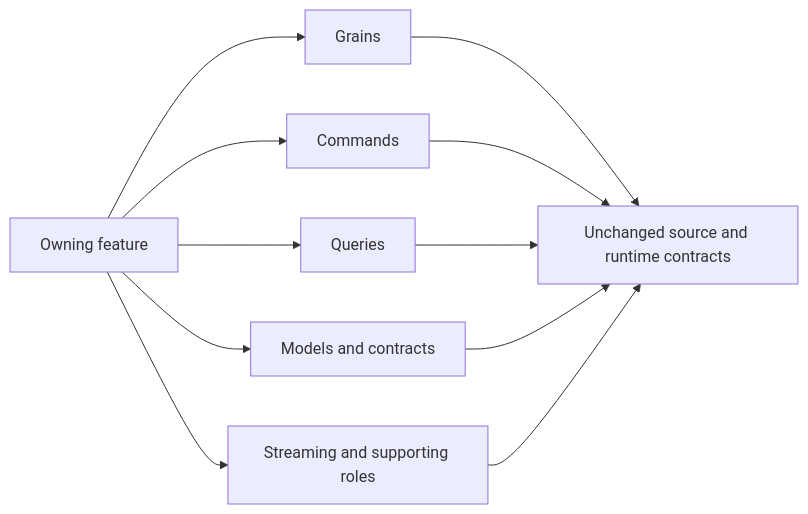
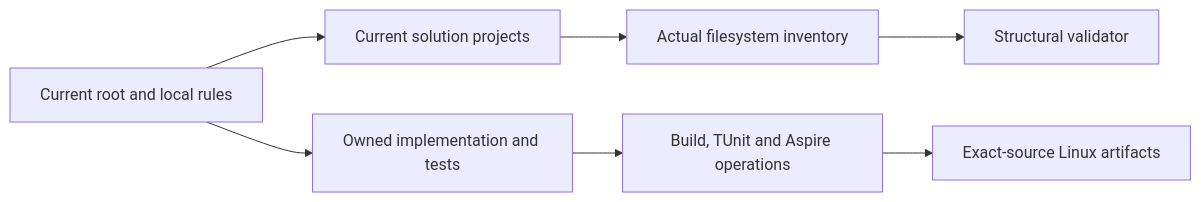
Before and after one commit to managedcode/KeyLoad: the diagram in docs/Features/RepositoryGovernance.md, drawn with Mermaid. The commit also changed other lines of this file and 7356 other files, not shown here.

````diff
--- a/docs/Features/RepositoryGovernance.md
+++ b/docs/Features/RepositoryGovernance.md
@@ -193,13 +20,9 @@
 ```mermaid
 flowchart LR
-    Slice[Owning feature] --> Grains[Grains]
-    Slice --> Commands[Commands]
-    Slice --> Queries[Queries]
-    Slice --> Models[Models and contracts]
-    Slice --> Protocols[Streaming and supporting roles]
-    Grains --> Verify[Unchanged source and runtime contracts]
-    Commands --> Verify
-    Queries --> Verify
-    Models --> Verify
-    Protocols --> Verify
+    Policy[Current root and local rules] --> Solution[Current solution projects]
+    Solution --> Inventory[Actual filesystem inventory]
+    Inventory --> Check[Structural validator]
+    Policy --> Source[Owned implementation and tests]
+    Source --> Runtime[Build, TUnit and Aspire operations]
+    Runtime --> Evidence[Exact-source Linux artifacts]
 ```
````
